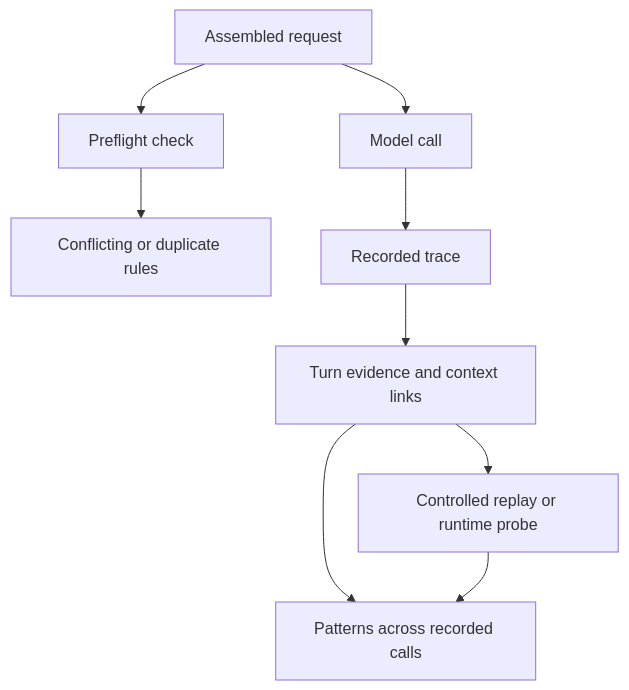
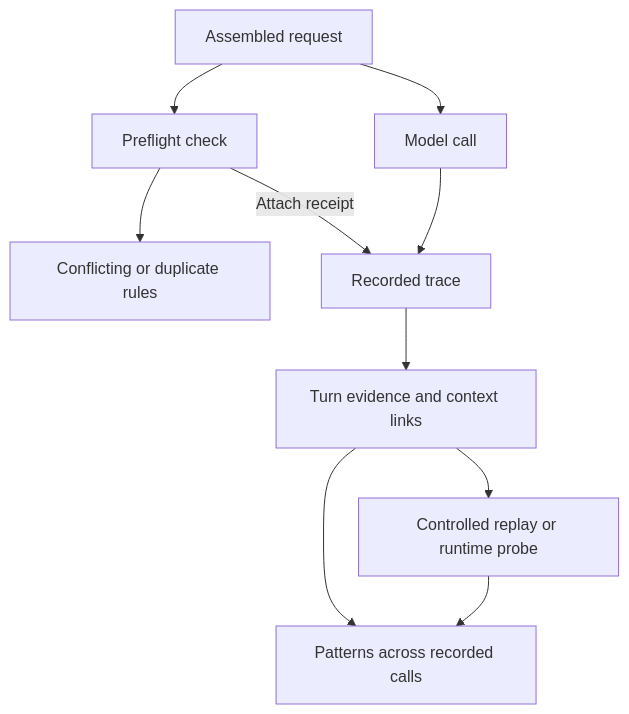
Before and after one commit to thakur-ro/A2Context: the first of 2 diagrams in docs/architecture.md, drawn with Mermaid. The commit also changed other lines of this file and 14 other files, not shown here.

````diff
--- a/docs/architecture.md
+++ b/docs/architecture.md
@@ -5,13 +5,14 @@
 ```mermaid
 flowchart TD
     accTitle: Evidence from request to recurring patterns
     accDescr: Preflight checks the assembled request. After the model call, the recorded trace supports turn evidence, controlled experiments, and patterns.
     A[Assembled request] --> M[Model call]
     A --> P[Preflight check]
     P --> F[Conflicting or duplicate rules]
+    P -->|Attach receipt| T
     M --> T[Recorded trace]
     T --> I[Turn evidence and context links]
     I --> R[Controlled replay or runtime probe]
     I --> G[Patterns across recorded calls]
     R --> G
 ```
````
